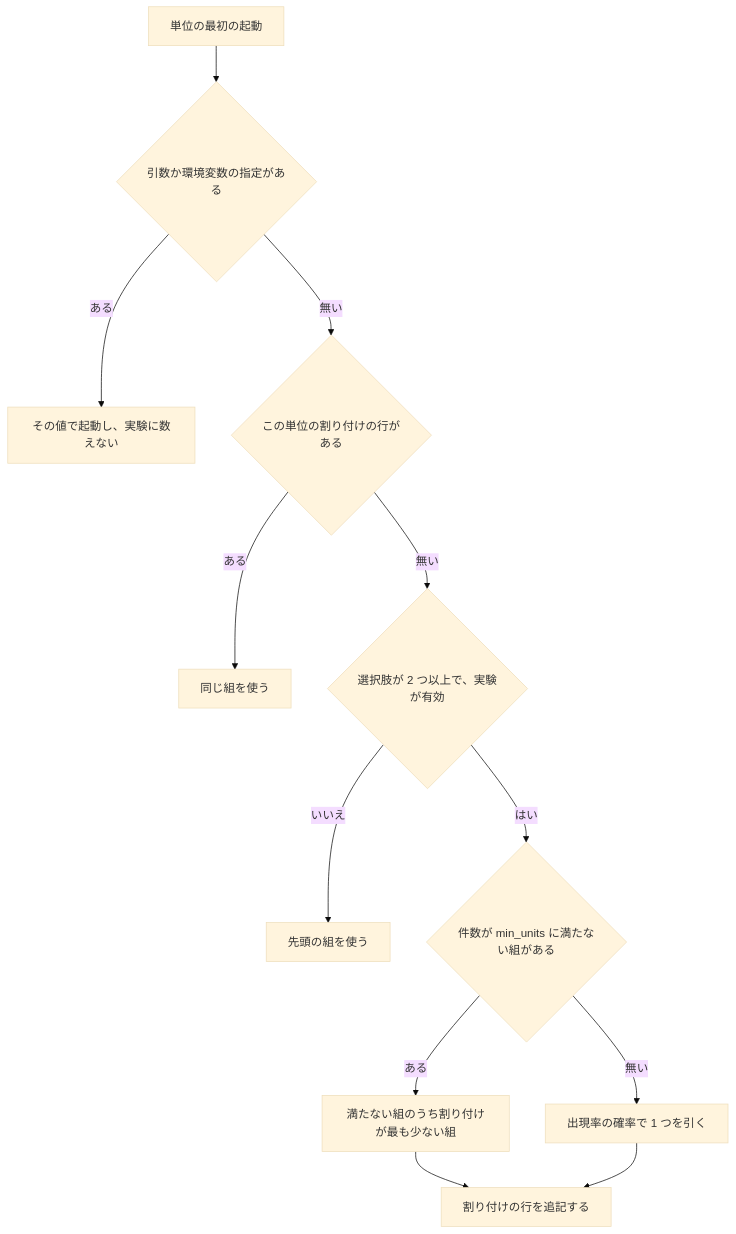
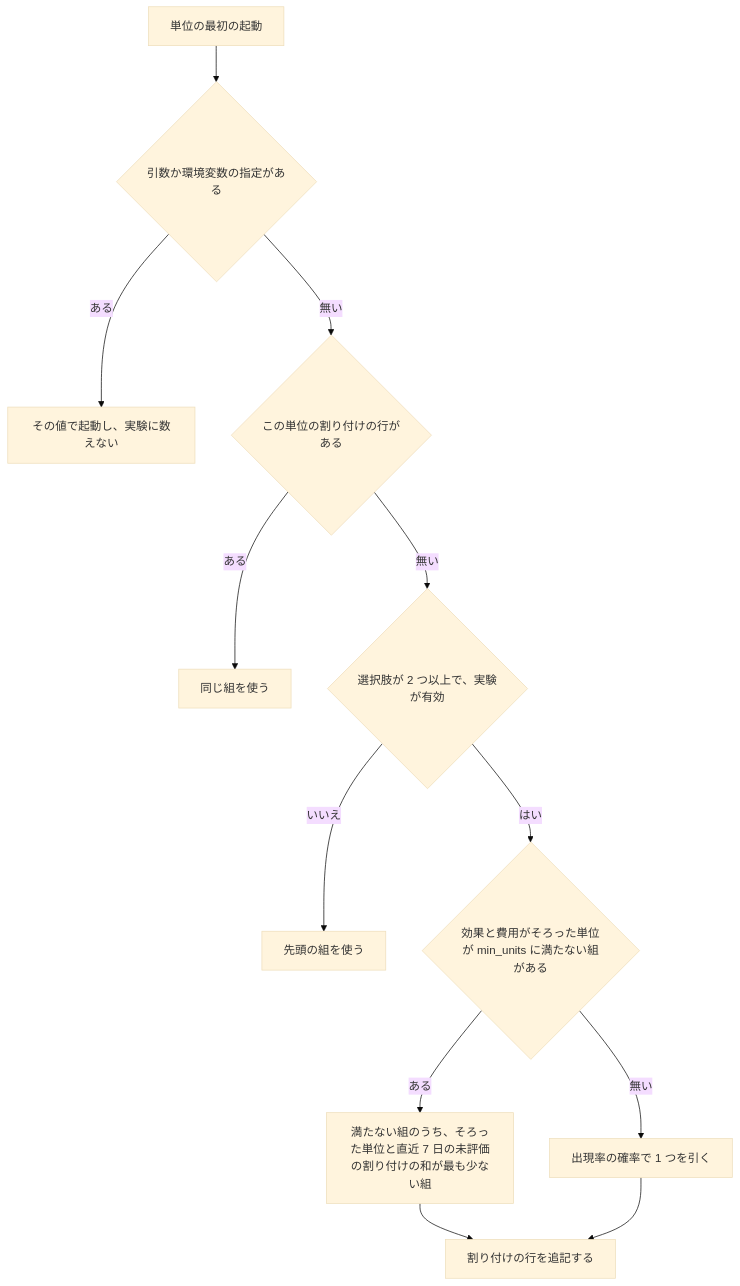
The fourth of 5 diagrams in issues/issue-2944-design.md (devbasex/ai-plugins), drawn with Mermaid (base theme) before and after one commit. The commit also changed other lines of this file and 1 other file, not shown here.

````diff
--- a/issues/issue-2944-design.md
+++ b/issues/issue-2944-design.md
@@ -322,13 +365,13 @@
 ```mermaid
 graph TD
     A[単位の最初の起動] --> B{引数か環境変数の指定がある}
     B -- ある --> Z[その値で起動し、実験に数えない]
     B -- 無い --> C{この単位の割り付けの行がある}
     C -- ある --> D[同じ組を使う]
     C -- 無い --> E{選択肢が 2 つ以上で、実験が有効}
     E -- いいえ --> F[先頭の組を使う]
-    E -- はい --> G{件数が min_units に満たない組がある}
-    G -- ある --> H[満たない組のうち割り付けが最も少ない組]
+    E -- はい --> G{効果と費用がそろった単位が min_units に満たない組がある}
+    G -- ある --> H[満たない組のうち、そろった単位と直近 7 日の未評価の割り付けの和が最も少ない組]
     G -- 無い --> I[出現率の確率で 1 つを引く]
     H & I --> J[割り付けの行を追記する]
 ```
````
